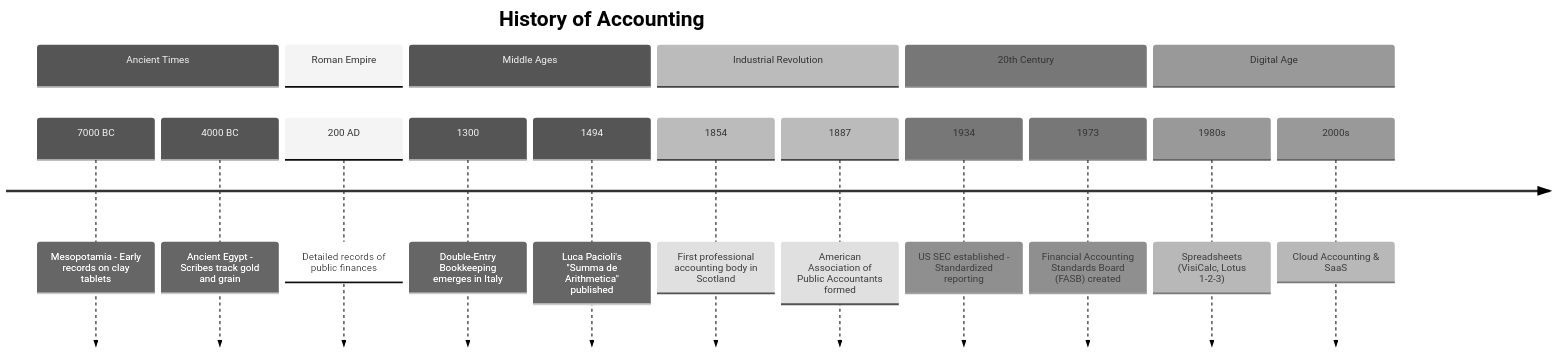
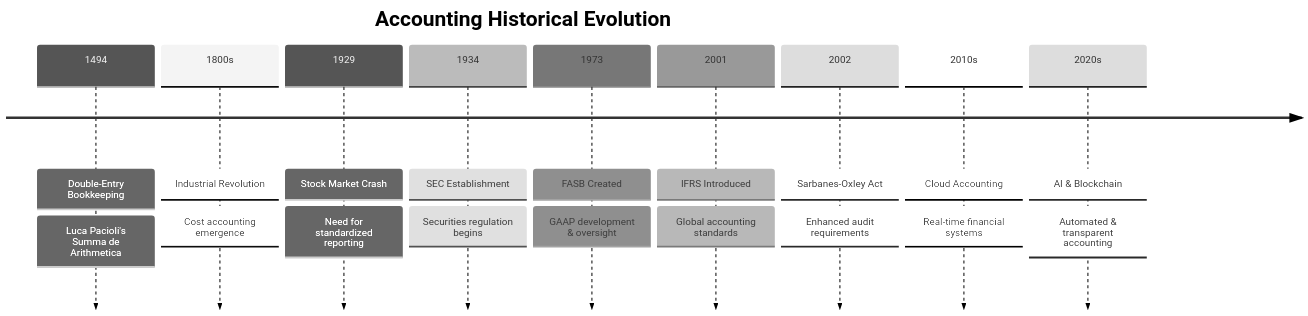
One commit to elidepb/mermaid_corpus changed the diagram in timeline/Business and Administration/markdowns/257_accounting.md. Above: the diagram before and after it, drawn with Mermaid (neutral theme). The commit also changed 3129 other files, not shown here.

````diff
--- a/timeline/Business and Administration/markdowns/257_accounting.md
+++ b/timeline/Business and Administration/markdowns/257_accounting.md
@@ -1,21 +1,22 @@
 ```mermaid
 timeline
-    title History of Accounting
-    section Ancient Times
-        7000 BC : Mesopotamia - Early records on clay tablets
-        4000 BC : Ancient Egypt - Scribes track gold and grain
-    section Roman Empire
-        200 AD : Detailed records of public finances
-    section Middle Ages
-        1300 : Double-Entry Bookkeeping emerges in Italy
-        1494 : Luca Pacioli's "Summa de Arithmetica" published
-    section Industrial Revolution
-        1854 : First professional accounting body in Scotland
-        1887 : American Association of Public Accountants formed
-    section 20th Century
-        1934 : US SEC established - Standardized reporting
-        1973 : Financial Accounting Standards Board (FASB) created
-    section Digital Age
-        1980s : Spreadsheets (VisiCalc, Lotus 1-2-3)
-        2000s : Cloud Accounting & SaaS
+    title Accounting Historical Evolution
+    1494 : Double-Entry Bookkeeping
+         : Luca Pacioli's Summa de Arithmetica
+    1800s : Industrial Revolution
+          : Cost accounting emergence
+    1929 : Stock Market Crash
+         : Need for standardized reporting
+    1934 : SEC Establishment
+         : Securities regulation begins
+    1973 : FASB Created
+         : GAAP development & oversight
+    2001 : IFRS Introduced
+         : Global accounting standards
+    2002 : Sarbanes-Oxley Act
+         : Enhanced audit requirements
+    2010s : Cloud Accounting
+          : Real-time financial systems
+    2020s : AI & Blockchain
+          : Automated & transparent accounting
 ```
````
